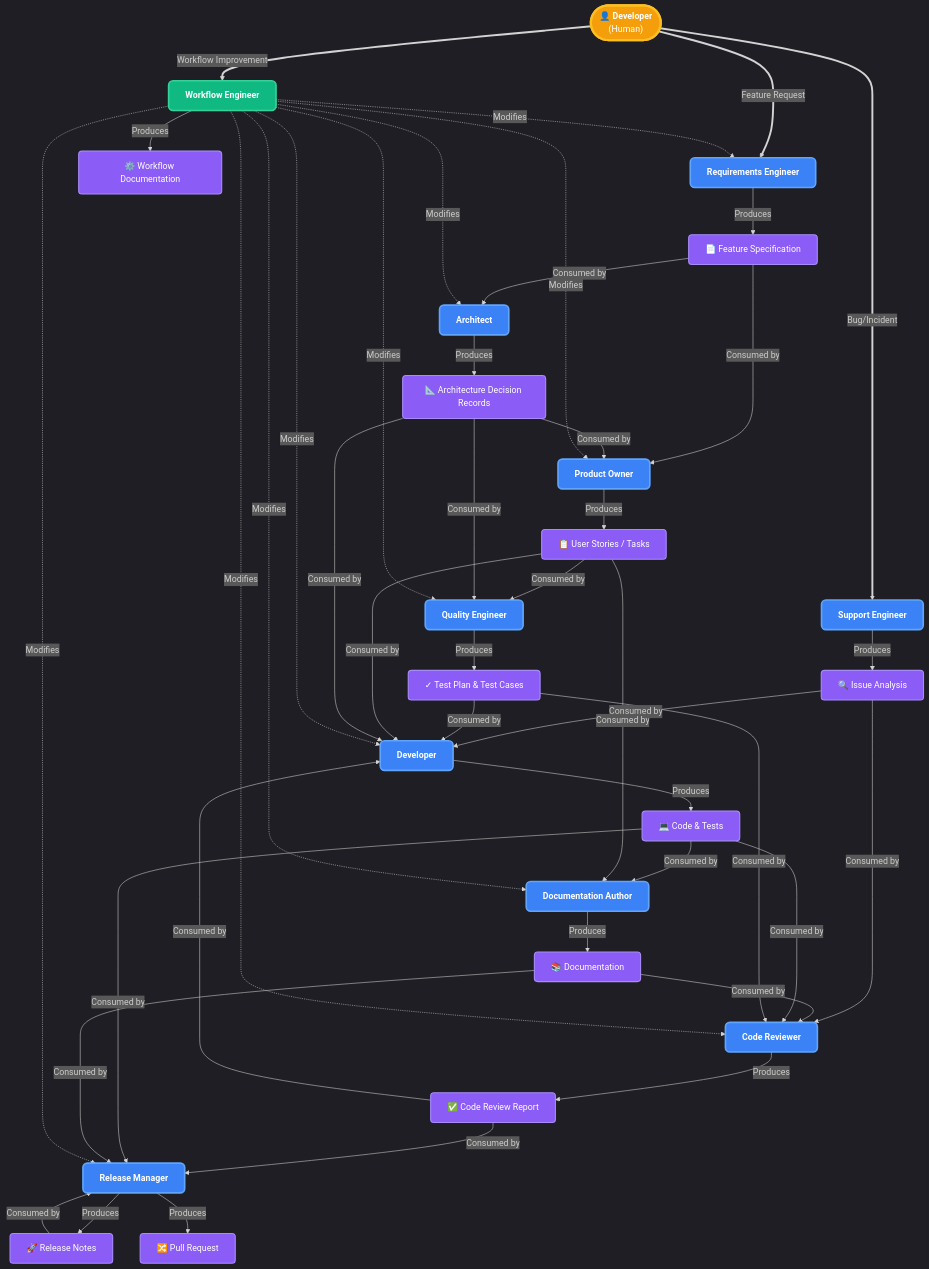
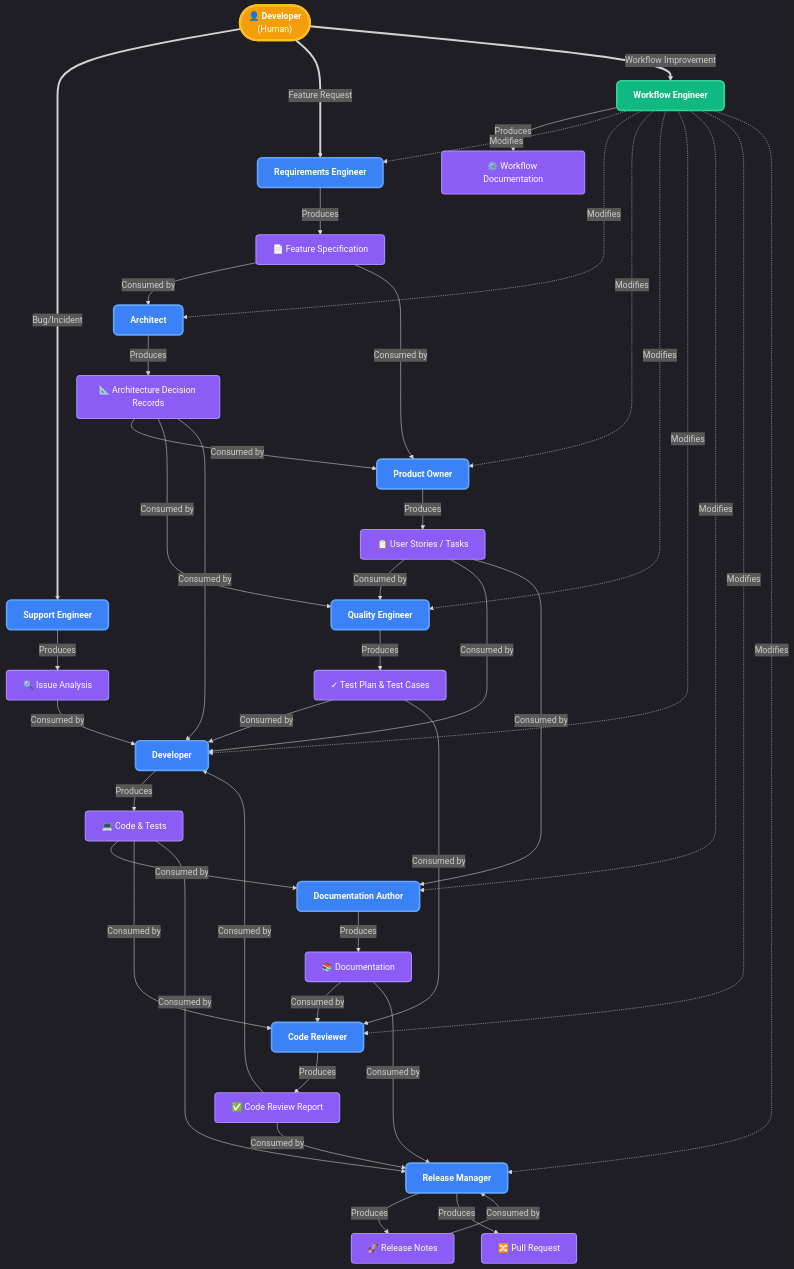
The diagram in docs/agents.md (oocx/tfplan2md), drawn with Mermaid before and after one commit. The commit also changed other lines of this file and 3 other files, not shown here.

```diff
--- a/docs/agents.md
+++ b/docs/agents.md
@@ -63,7 +63,6 @@
 	HUMAN == "Workflow Improvement" ==> WE
 	SE -- "Produces" --> IA
 	IA -- "Consumed by" --> DEV
-	IA -- "Consumed by" --> CR
 	RE -- "Produces" --> FS
 	FS -- "Consumed by" --> AR
     FS -- "Consumed by" --> PO
```
